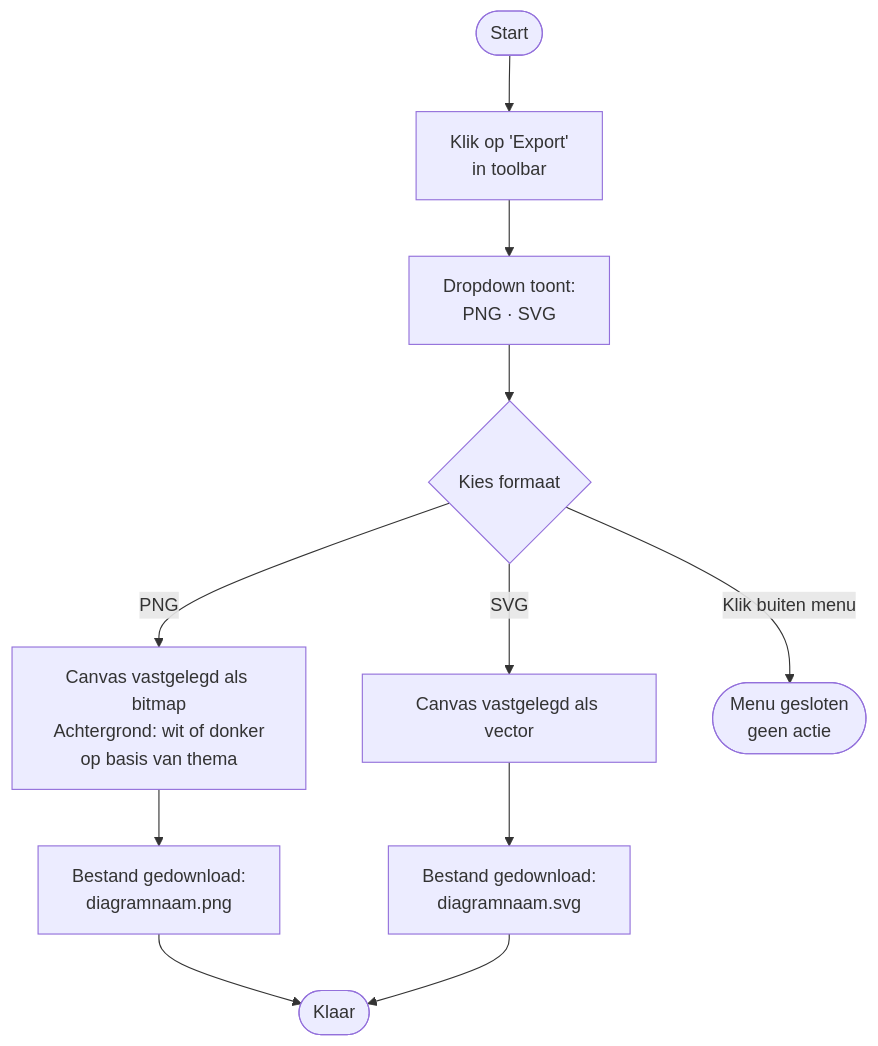
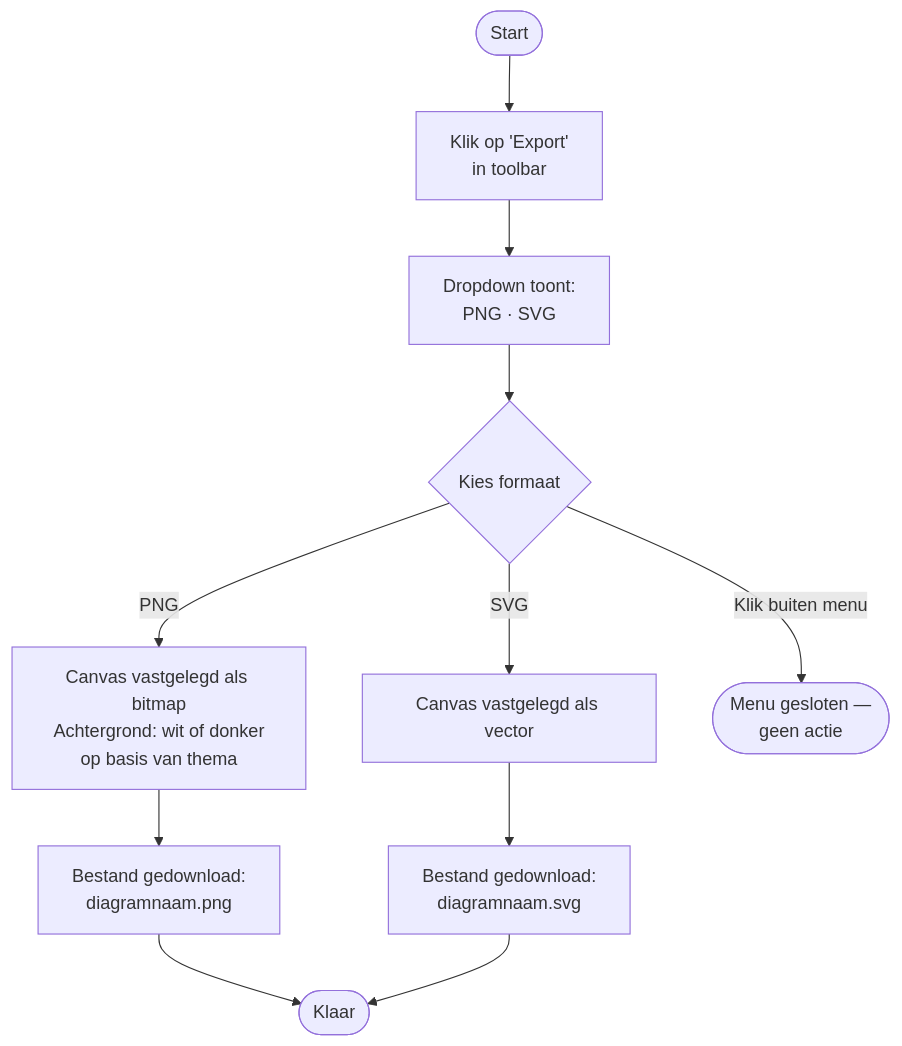
One commit to GRJX/mmd-flowchart changed diagram 13 of 14 in USERFLOWS.md. Above: the diagram before and after it, drawn with Mermaid. The commit also changed other lines of this file and 1 other file, not shown here.

Commit message:
refactor: update flowchart syntax for clarity and consistency; enhance user flow descriptions

````diff
--- a/USERFLOWS.md
+++ b/USERFLOWS.md
@@ -258,13 +258,13 @@
 ```mermaid
 flowchart TD
-    A([Start]) --> B[Klik op 'Export'\nin toolbar]
-    B --> C[Dropdown toont:\nPNG · SVG]
+    A([Start]) --> B["Klik op 'Export'<br>in toolbar"]
+    B --> C["Dropdown toont:<br>PNG · SVG"]
     C --> D{Kies formaat}
-    D -- PNG --> E[Canvas vastgelegd als bitmap\nAchtergrond: wit of donker\nop basis van thema]
+    D -- PNG --> E["Canvas vastgelegd als bitmap<br>Achtergrond: wit of donker<br>op basis van thema"]
     D -- SVG --> F[Canvas vastgelegd als vector]
-    E --> G[Bestand gedownload:\ndiagramnaam.png]
-    F --> H[Bestand gedownload:\ndiagramnaam.svg]
+    E --> G["Bestand gedownload:<br>diagramnaam.png"]
+    F --> H["Bestand gedownload:<br>diagramnaam.svg"]
     G --> I([Klaar])
     H --> I
-    D -- Klik buiten menu --> J([Menu gesloten\ngeen actie])
+    D -- "Klik buiten menu" --> J(["Menu gesloten —<br>geen actie"])
 ```
````
